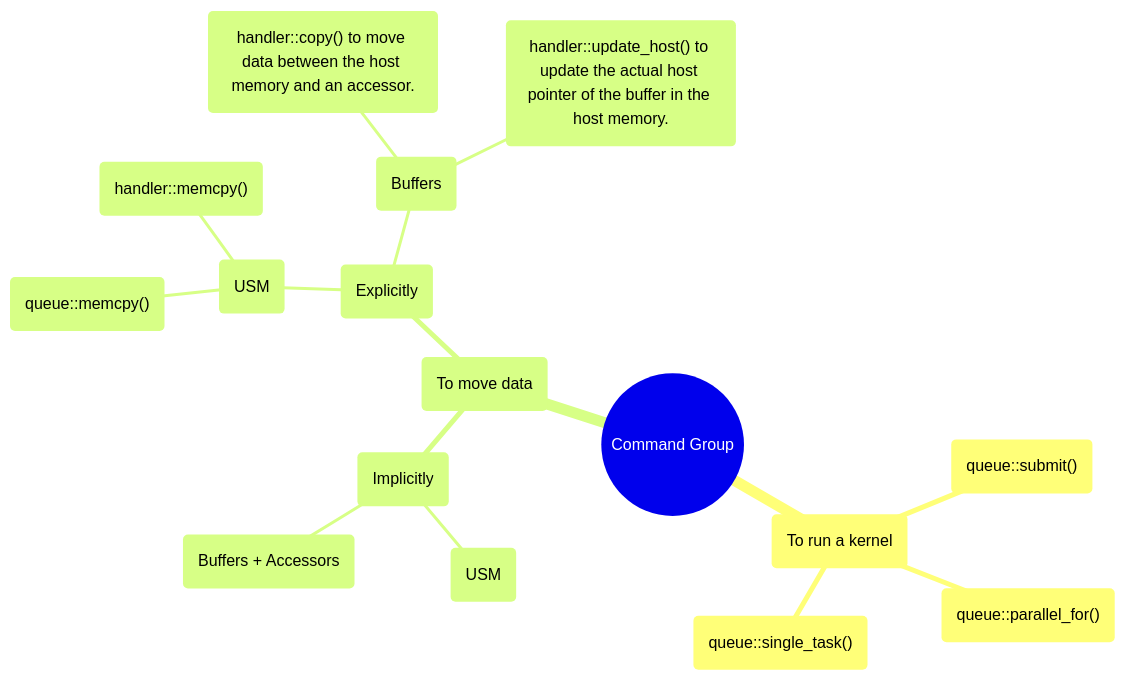
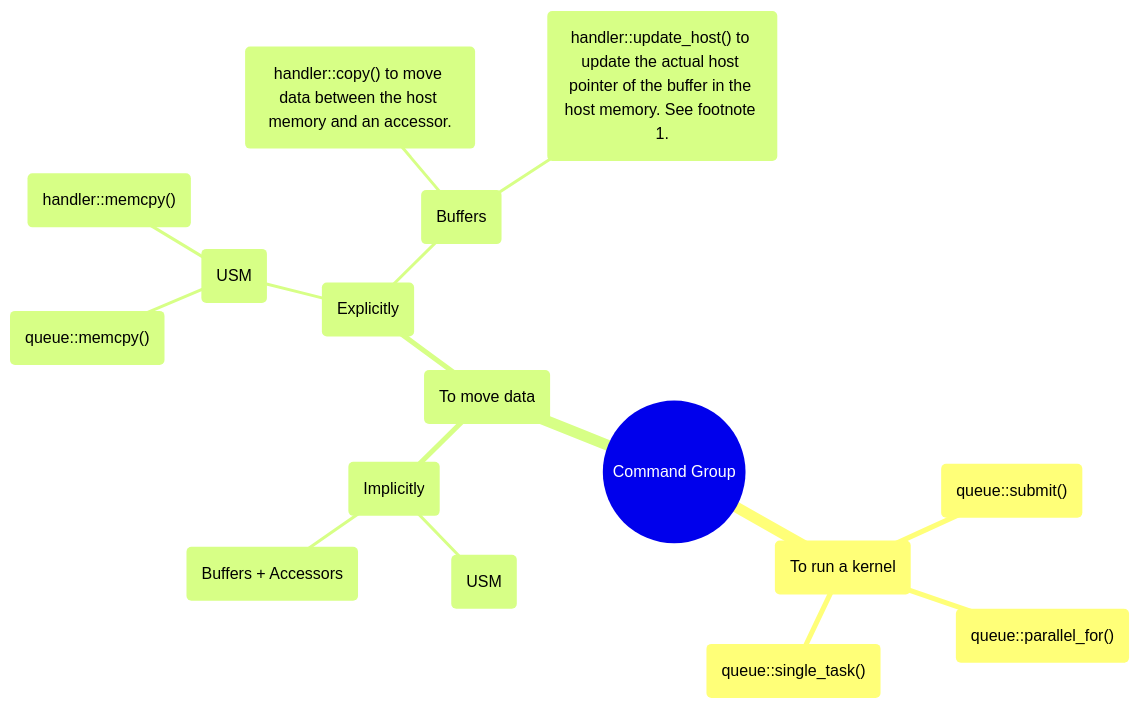
Before and after one commit to salehjg/Learning-SYCL: the second of 3 diagrams in examples/04.Dependencies/readme.md, drawn with Mermaid. The commit also changed other lines of this file, not shown here.

````diff
--- a/examples/04.Dependencies/readme.md
+++ b/examples/04.Dependencies/readme.md
@@ -16,19 +16,19 @@
 ```mermaid
 mindmap
 root(("Command Group")
   id("To run a kernel")
     id("queue::submit()")
     id("queue::parallel_for()")
     id("queue::single_task()")
   id("To move data")
     id("Implicitly")
       id("USM")
       id("Buffers + Accessors")
     id("Explicitly")
       id("USM")
         id("queue::memcpy()")
         id("handler::memcpy()")
       id("Buffers")
         id("handler::copy() to move data between the host memory and an accessor.")
-        id("handler::update_host() to update the actual host pointer of the buffer in the host memory.")
+        id("handler::update_host() to update the actual host pointer of the buffer in the host memory. See footnote 1.")
 ```
````
